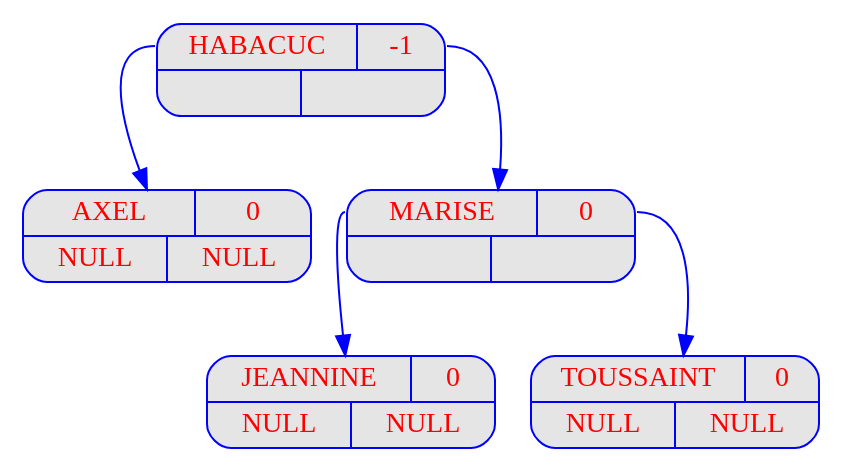
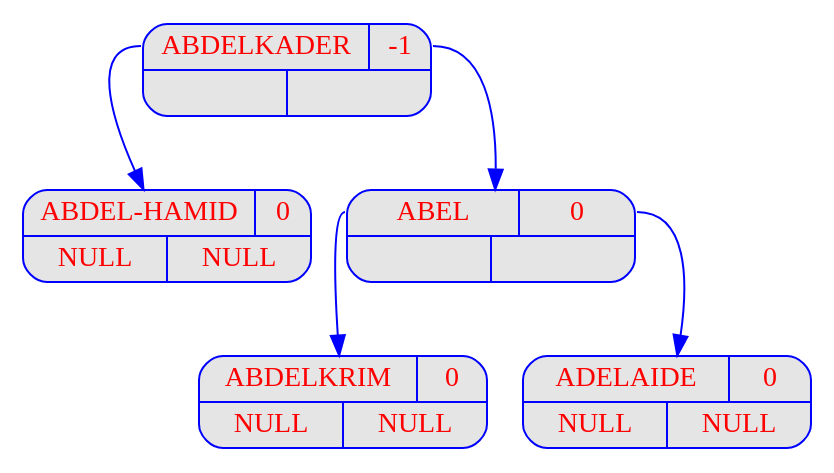
Before and after one commit to FilRougeAAP/Fil_Rouge: the diagram in Programme_1/output_Prog1/dot/displayAVL_v04.dot, drawn with Graphviz. The commit also changed 45 other files, not shown here.

```diff
--- a/Programme_1/output_Prog1/dot/displayAVL_v04.dot
+++ b/Programme_1/output_Prog1/dot/displayAVL_v04.dot
@@ -1,29 +1,29 @@
 digraph displayAVL {
 	node [
 		fontname  = "Arial bold" 
 		fontsize  = "14"
 		fontcolor = "red"
 		style     = "rounded, filled"
 		shape     = "record"
 		fillcolor = "grey90"
 		color     = "blue"
 		width     = "2"
 	]
 
 	edge [
 		color     = "blue"
 	]
 
-	"HABACUC" [label = "{{<g> HABACUC | <d> -1 } | { <g> | <d>}}"];
-	"HABACUC":g -> "AXEL";
-	"AXEL" [label = "{{<g> AXEL | <d> 0 } | { <g> | <d>}}"];
-	"AXEL" [label = "{{<g> AXEL | <d> 0 }| { <g> NULL | <d> NULL}}"];
-	"HABACUC":d -> "MARISE";
-	"MARISE" [label = "{{<g> MARISE | <d> 0 } | { <g> | <d>}}"];
-	"MARISE":g -> "JEANNINE";
-	"JEANNINE" [label = "{{<g> JEANNINE | <d> 0 } | { <g> | <d>}}"];
-	"JEANNINE" [label = "{{<g> JEANNINE | <d> 0 }| { <g> NULL | <d> NULL}}"];
-	"MARISE":d -> "TOUSSAINT";
-	"TOUSSAINT" [label = "{{<g> TOUSSAINT | <d> 0 } | { <g> | <d>}}"];
-	"TOUSSAINT" [label = "{{<g> TOUSSAINT | <d> 0 }| { <g> NULL | <d> NULL}}"];
+	"ABDELKADER" [label = "{{<g> ABDELKADER | <d> -1 } | { <g> | <d>}}"];
+	"ABDELKADER":g -> "ABDEL-HAMID";
+	"ABDEL-HAMID" [label = "{{<g> ABDEL-HAMID | <d> 0 } | { <g> | <d>}}"];
+	"ABDEL-HAMID" [label = "{{<g> ABDEL-HAMID | <d> 0 }| { <g> NULL | <d> NULL}}"];
+	"ABDELKADER":d -> "ABEL";
+	"ABEL" [label = "{{<g> ABEL | <d> 0 } | { <g> | <d>}}"];
+	"ABEL":g -> "ABDELKRIM";
+	"ABDELKRIM" [label = "{{<g> ABDELKRIM | <d> 0 } | { <g> | <d>}}"];
+	"ABDELKRIM" [label = "{{<g> ABDELKRIM | <d> 0 }| { <g> NULL | <d> NULL}}"];
+	"ABEL":d -> "ADELAIDE";
+	"ADELAIDE" [label = "{{<g> ADELAIDE | <d> 0 } | { <g> | <d>}}"];
+	"ADELAIDE" [label = "{{<g> ADELAIDE | <d> 0 }| { <g> NULL | <d> NULL}}"];
 }
```
